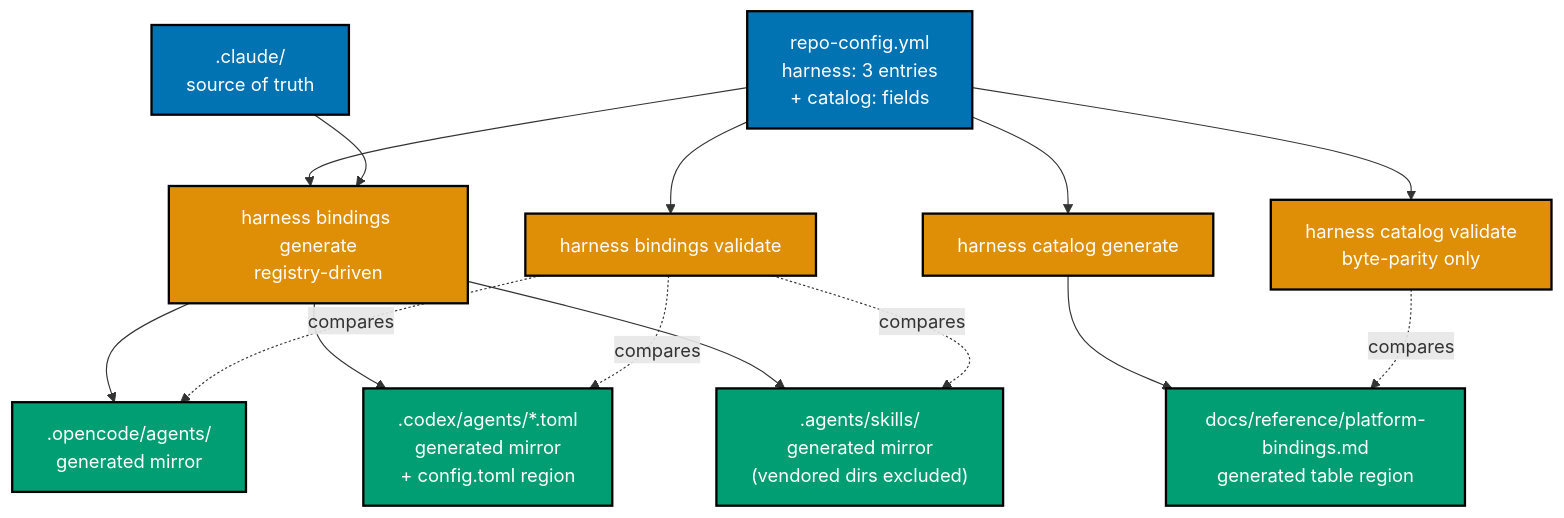
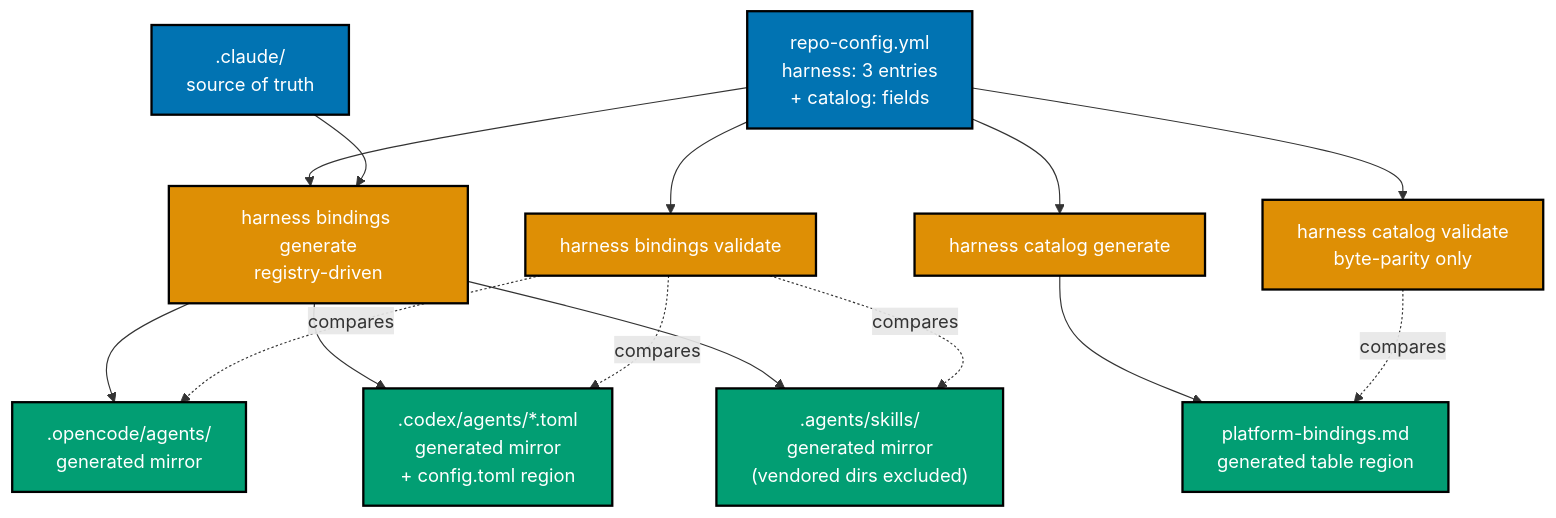
One commit to wahidyankf/open-sharia-fintech changed the second of 3 diagrams in plans/in-progress/update-harness-support/tech-docs.md. Above: the diagram before and after it, drawn with Mermaid. The commit also changed other lines of this file and 2 other files, not shown here.

````diff
--- a/plans/in-progress/update-harness-support/tech-docs.md
+++ b/plans/in-progress/update-harness-support/tech-docs.md
@@ -55,35 +53,35 @@
 ```mermaid
 flowchart TD
     RC["repo-config.yml<br/>harness: 3 entries<br/>+ catalog: fields"]
     GEN["harness bindings generate<br/>registry-driven"]
     CATGEN["harness catalog generate"]
     CATVAL["harness catalog validate<br/>byte-parity only"]
     VAL["harness bindings validate"]
     SRC[".claude/<br/>source of truth"]
     OC[".opencode/agents/<br/>generated mirror"]
     CDX[".codex/agents/*.toml<br/>generated mirror<br/>+ config.toml region"]
     AG[".agents/skills/<br/>generated mirror<br/>(vendored dirs excluded)"]
-    CAT["docs/reference/platform-bindings.md<br/>generated table region"]
+    CAT["platform-bindings.md<br/>generated table region"]
 
     RC --> GEN
     RC --> CATGEN
     RC --> CATVAL
     RC --> VAL
     SRC --> GEN
     GEN --> OC
     GEN --> CDX
     GEN --> AG
     CATGEN --> CAT
     CATVAL -.->|"compares"| CAT
     VAL -.->|"compares"| OC
     VAL -.->|"compares"| CDX
     VAL -.->|"compares"| AG
 
     classDef blue fill:#0173B2,stroke:#000000,color:#FFFFFF,stroke-width:2px
     classDef orange fill:#DE8F05,stroke:#000000,color:#FFFFFF,stroke-width:2px
     classDef teal fill:#029E73,stroke:#000000,color:#FFFFFF,stroke-width:2px
 
     class RC,SRC blue
     class GEN,CATGEN,CATVAL,VAL orange
     class OC,CDX,AG,CAT teal
 ```
````
